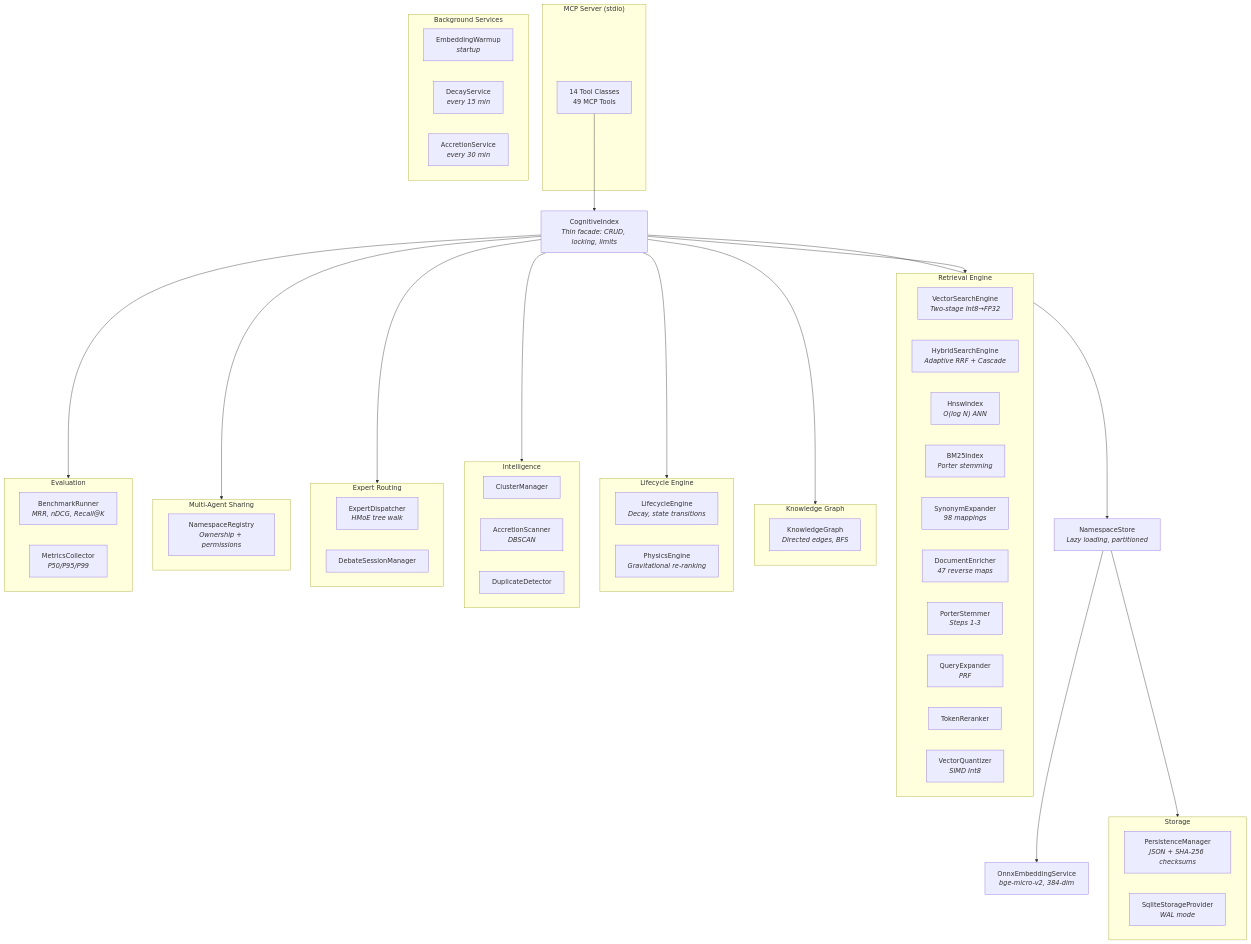
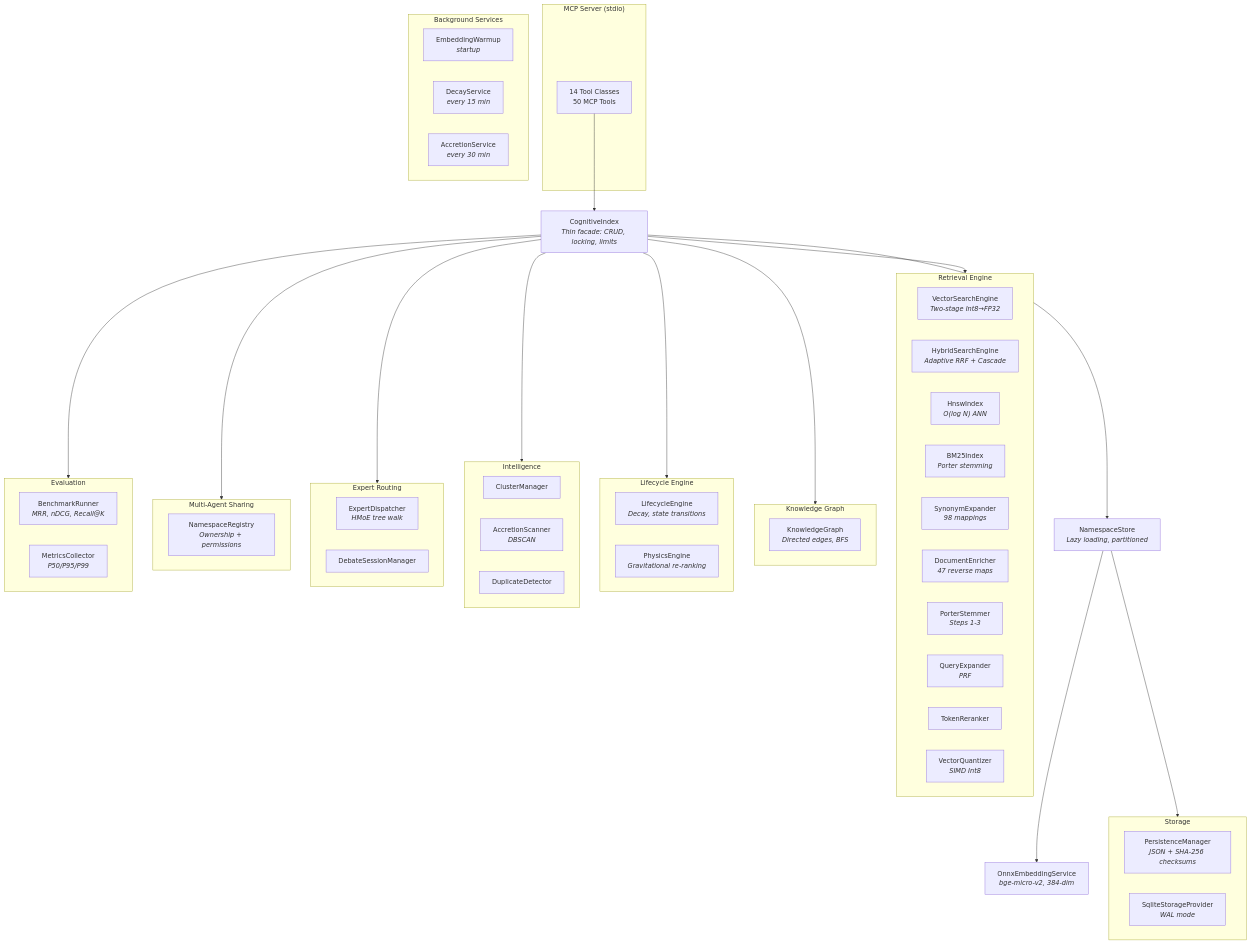
One commit to wyckit/mcp-engram-memory changed the diagram in docs/architecture.md. Above: the diagram before and after it, drawn with Mermaid. The commit also changed 11 other files, not shown here.

````diff
--- a/docs/architecture.md
+++ b/docs/architecture.md
@@ -5,74 +5,74 @@
 ```mermaid
 graph TD
     subgraph MCP["MCP Server (stdio)"]
-        Tools["14 Tool Classes<br/>49 MCP Tools"]
+        Tools["14 Tool Classes<br/>50 MCP Tools"]
     end
 
     Tools --> CI["CognitiveIndex<br/><i>Thin facade: CRUD, locking, limits</i>"]
 
     CI --> RE["Retrieval"]
     CI --> GR["Graph"]
     CI --> LC["Lifecycle"]
     CI --> IN["Intelligence"]
     CI --> EX["Experts"]
     CI --> EV["Evaluation"]
 
     subgraph RE["Retrieval Engine"]
         VS["VectorSearchEngine<br/><i>Two-stage Int8→FP32</i>"]
         HS["HybridSearchEngine<br/><i>Adaptive RRF + Cascade</i>"]
         HW["HnswIndex<br/><i>O(log N) ANN</i>"]
         BM["BM25Index<br/><i>Porter stemming</i>"]
         SY["SynonymExpander<br/><i>98 mappings</i>"]
         DE["DocumentEnricher<br/><i>47 reverse maps</i>"]
         PS["PorterStemmer<br/><i>Steps 1-3</i>"]
         QE["QueryExpander<br/><i>PRF</i>"]
         TR["TokenReranker"]
         VQ["VectorQuantizer<br/><i>SIMD Int8</i>"]
     end
 
     subgraph GR["Knowledge Graph"]
         KG["KnowledgeGraph<br/><i>Directed edges, BFS</i>"]
     end
 
     subgraph LC["Lifecycle Engine"]
         LE["LifecycleEngine<br/><i>Decay, state transitions</i>"]
         PE["PhysicsEngine<br/><i>Gravitational re-ranking</i>"]
     end
 
     subgraph IN["Intelligence"]
         CM["ClusterManager"]
         AS["AccretionScanner<br/><i>DBSCAN</i>"]
         DD["DuplicateDetector"]
     end
 
     subgraph EX["Expert Routing"]
         ED["ExpertDispatcher<br/><i>HMoE tree walk</i>"]
         DM["DebateSessionManager"]
     end
 
     subgraph SH["Multi-Agent Sharing"]
         NR["NamespaceRegistry<br/><i>Ownership + permissions</i>"]
     end
 
     subgraph EV["Evaluation"]
         BR["BenchmarkRunner<br/><i>MRR, nDCG, Recall@K</i>"]
         MC["MetricsCollector<br/><i>P50/P95/P99</i>"]
     end
 
     CI --> SH
     CI --> NS["NamespaceStore<br/><i>Lazy loading, partitioned</i>"]
     NS --> SP["Storage Provider"]
 
     subgraph SP["Storage"]
         PM["PersistenceManager<br/><i>JSON + SHA-256 checksums</i>"]
         SQ["SqliteStorageProvider<br/><i>WAL mode</i>"]
     end
 
     NS --> EMB["OnnxEmbeddingService<br/><i>bge-micro-v2, 384-dim</i>"]
 
     subgraph BG["Background Services"]
         BG1["EmbeddingWarmup<br/><i>startup</i>"]
         BG2["DecayService<br/><i>every 15 min</i>"]
         BG3["AccretionService<br/><i>every 30 min</i>"]
     end
 ```
````
